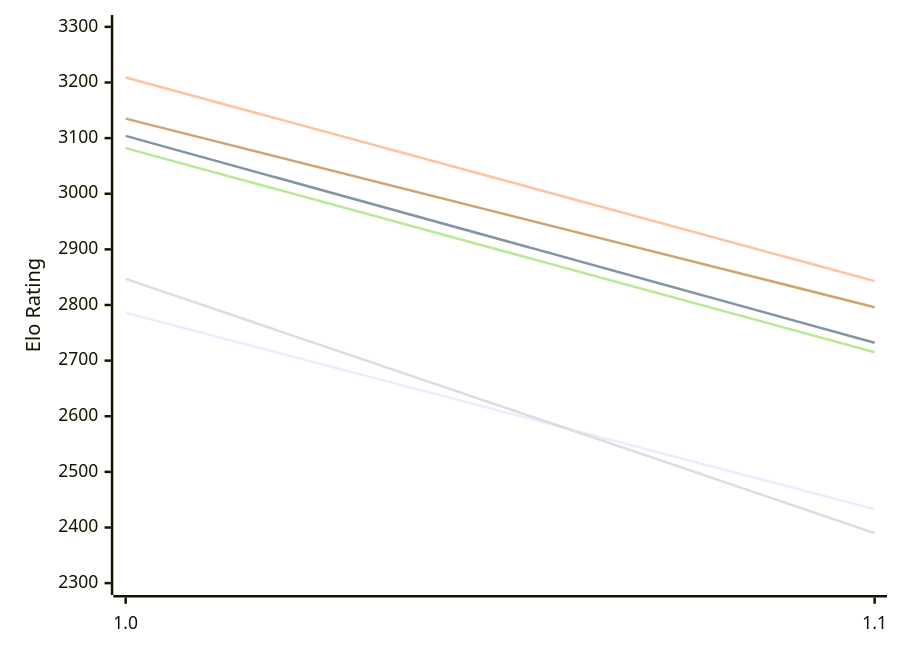
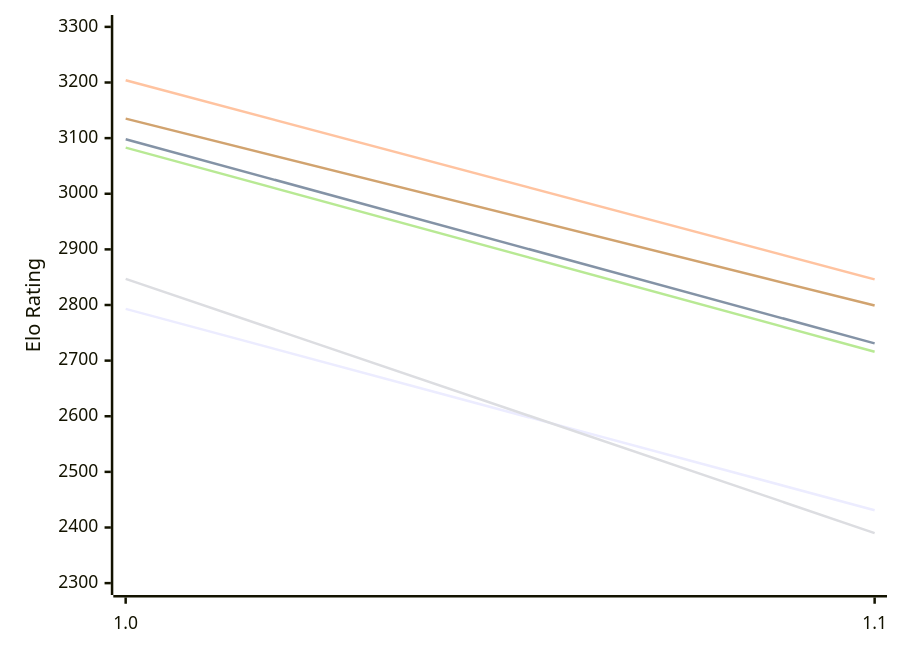
The first of 2 diagrams in engines/Publius.md (computer-chess-index/cci), drawn with Mermaid before and after one commit. The commit also changed other lines of this file, not shown here.

Commit message:
Update CCI Ratings (ELO VLTC) - 2026-11-27

````diff
--- a/engines/Publius.md
+++ b/engines/Publius.md
@@ -50,12 +50,12 @@
 ```mermaid
 %%{init: {"theme":"base","themeVariables":{"seriesColors:['#a3a3a3','#222221','#faa371']}}}%%
 xychart-beta
   x-axis ["1.0", "1.1"]
   y-axis "Elo Rating" 2300 --> 3300
-  line "E1: STC (8.0+0.08s)" [2786, 2433]
-  line "E1: LTC (60.0+0.60s)" [3104, 2732]
-  line "E1: VLTC (2m24s+1.12s)" [3209, 2843]
+  line "E1: STC (8.0+0.08s)" [2793, 2431]
+  line "E1: LTC (60.0+0.60s)" [3098, 2731]
+  line "E1: VLTC (2m24s+1.12s)" [3204, 2846]
   line "P1: STC (8.0+0.08s)" [2847, 2390]
-  line "P1: LTC (60.0+0.60s)" [3082, 2715]
-  line "P1: VLTC (2m24s+1.12s)" [3135, 2796]
+  line "P1: LTC (60.0+0.60s)" [3083, 2716]
+  line "P1: VLTC (2m24s+1.12s)" [3135, 2799]
 ```
````
